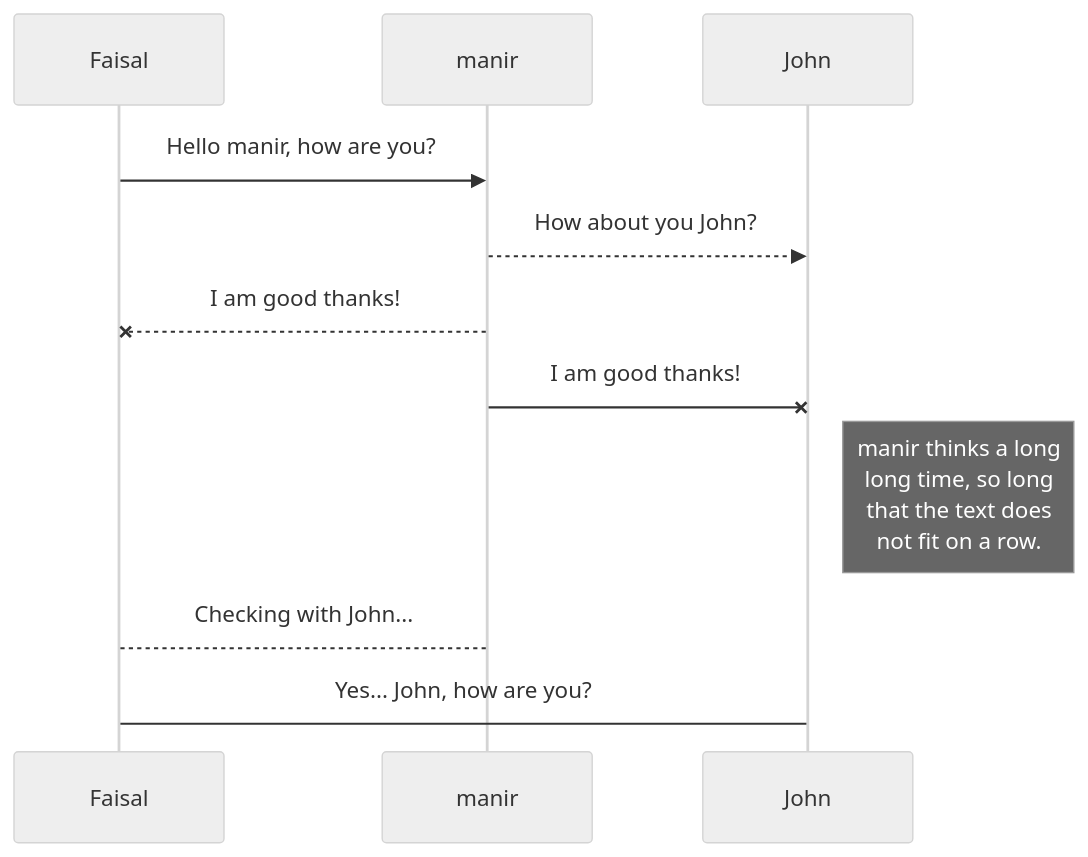
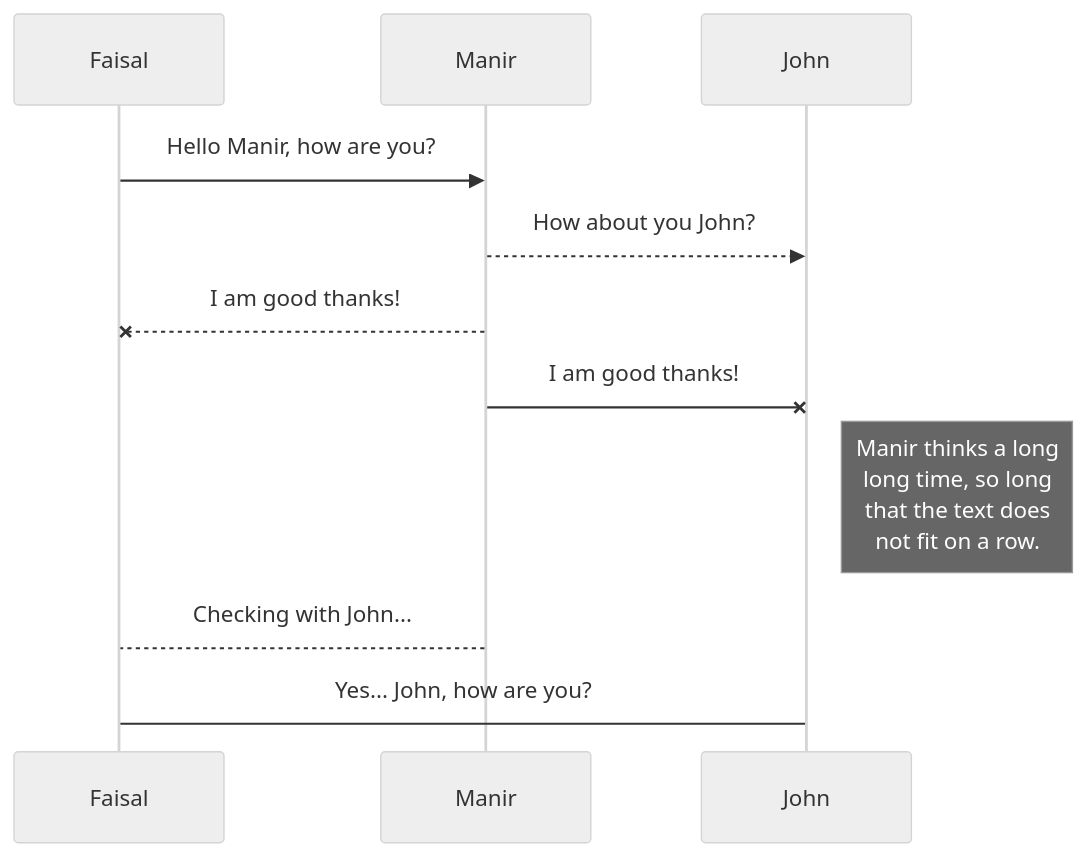
The first of 2 diagrams in exercise/Faisal1234-hue/exer2.md (drshahizan/learn-github), drawn with Mermaid (neutral theme) before and after one commit.

````diff
--- a/exercise/Faisal1234-hue/exer2.md
+++ b/exercise/Faisal1234-hue/exer2.md
@@ -5,11 +5,11 @@
 ```mermaid
 sequenceDiagram
-Faisal ->> manir: Hello manir, how are you?
-manir-->>John: How about you John?
-manir--x Faisal: I am good thanks!
-manir-x John: I am good thanks!
-Note right of John: manir thinks a long<br/>long time, so long<br/>that the text does<br/>not fit on a row.
+Faisal ->> Manir: Hello Manir, how are you?
+Manir-->>John: How about you John?
+Manir--x Faisal: I am good thanks!
+Manir-x John: I am good thanks!
+Note right of John: Manir thinks a long<br/>long time, so long<br/>that the text does<br/>not fit on a row.
 
-manir-->Faisal: Checking with John...
+Manir-->Faisal: Checking with John...
 Faisal->John: Yes... John, how are you?
 ```
````
